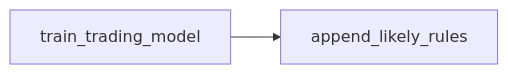
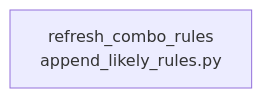
Before and after one commit to Hoai-Viet/Stock_Prediction: the fifth of 5 diagrams in PROJECT_DOCUMENTATION.md, drawn with Mermaid. The commit also changed other lines of this file and 3 other files, not shown here.

````diff
--- a/PROJECT_DOCUMENTATION.md
+++ b/PROJECT_DOCUMENTATION.md
@@ -440,4 +439,4 @@
 ```mermaid
 flowchart LR
-    A[train_trading_model] --> B[append_likely_rules]
+    A[refresh_combo_rules<br/>append_likely_rules.py]
 ```
````
